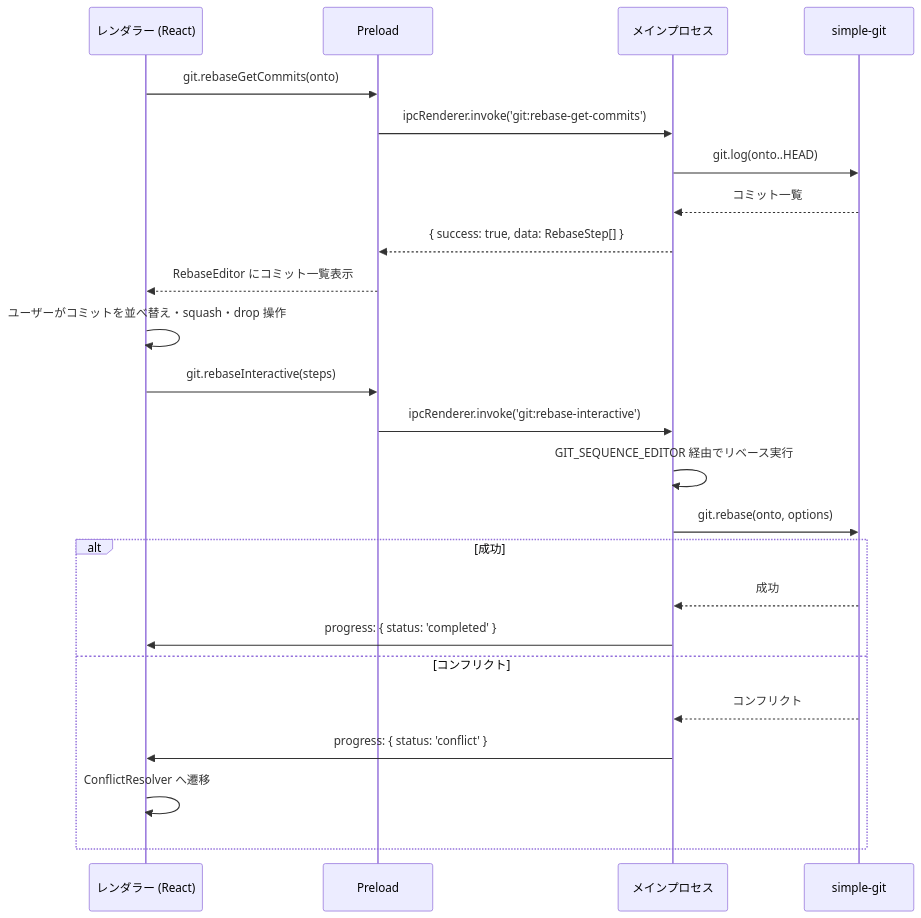
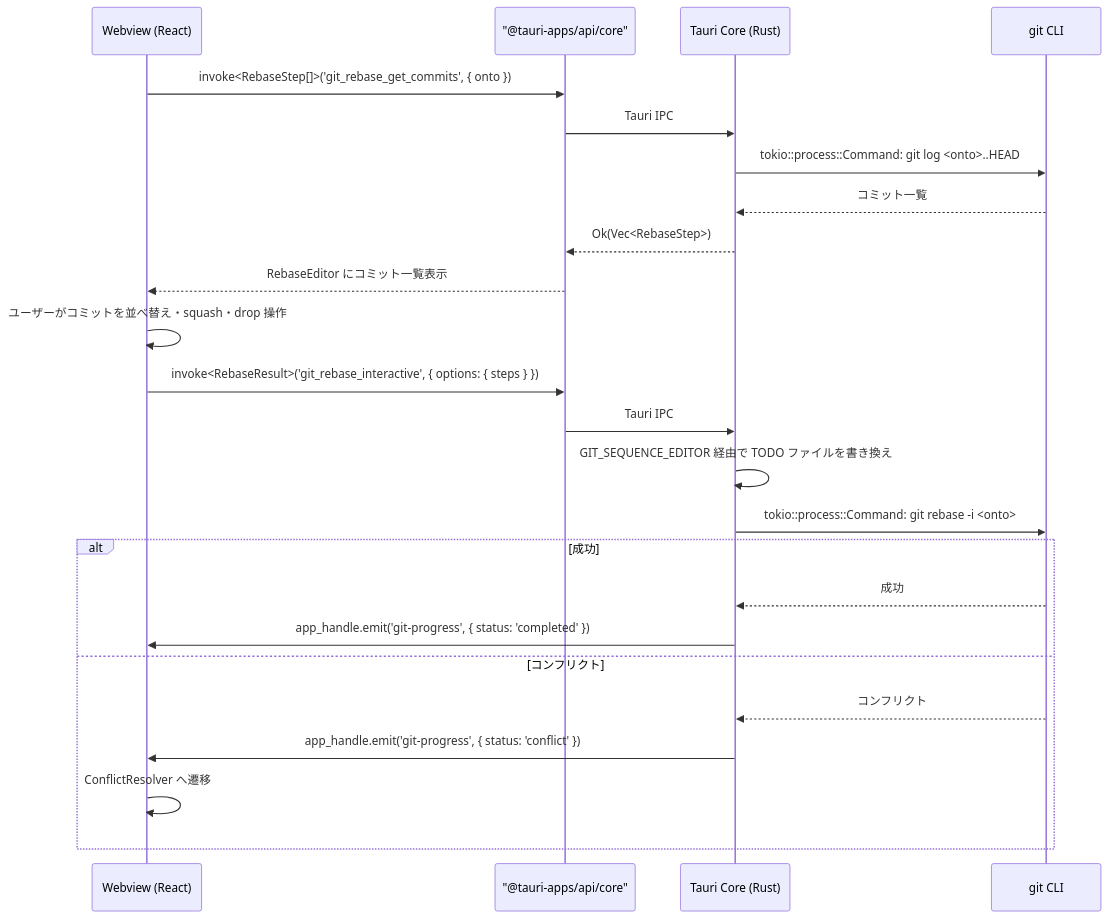
Before and after one commit to ToshikiImagawa/Buruma: the third of 3 diagrams in .sdd/specification/advanced-git-operations_spec.md, drawn with Mermaid. The commit also changed other lines of this file and 7 other files, not shown here.

````diff
--- a/.sdd/specification/advanced-git-operations_spec.md
+++ b/.sdd/specification/advanced-git-operations_spec.md
@@ -553,29 +556,29 @@
 ```mermaid
 sequenceDiagram
-    participant Renderer as レンダラー (React)
-    participant Preload as Preload
-    participant Main as メインプロセス
-    participant Git as simple-git
+    participant Webview as Webview (React)
+    participant Invoke as "@tauri-apps/api/core"
+    participant Core as Tauri Core (Rust)
+    participant Git as git CLI
 
-    Renderer ->> Preload: git.rebaseGetCommits(onto)
-    Preload ->> Main: ipcRenderer.invoke('git:rebase-get-commits')
-    Main ->> Git: git.log(onto..HEAD)
-    Git -->> Main: コミット一覧
-    Main -->> Preload: { success: true, data: RebaseStep[] }
-    Preload -->> Renderer: RebaseEditor にコミット一覧表示
+    Webview ->> Invoke: invoke<RebaseStep[]>('git_rebase_get_commits', { onto })
+    Invoke ->> Core: Tauri IPC
+    Core ->> Git: tokio::process::Command: git log <onto>..HEAD
+    Git -->> Core: コミット一覧
+    Core -->> Invoke: Ok(Vec<RebaseStep>)
+    Invoke -->> Webview: RebaseEditor にコミット一覧表示
 
-    Renderer ->> Renderer: ユーザーがコミットを並べ替え・squash・drop 操作
-    Renderer ->> Preload: git.rebaseInteractive(steps)
-    Preload ->> Main: ipcRenderer.invoke('git:rebase-interactive')
-    Main ->> Main: GIT_SEQUENCE_EDITOR 経由でリベース実行
-    Main ->> Git: git.rebase(onto, options)
+    Webview ->> Webview: ユーザーがコミットを並べ替え・squash・drop 操作
+    Webview ->> Invoke: invoke<RebaseResult>('git_rebase_interactive', { options: { steps } })
+    Invoke ->> Core: Tauri IPC
+    Core ->> Core: GIT_SEQUENCE_EDITOR 経由で TODO ファイルを書き換え
+    Core ->> Git: tokio::process::Command: git rebase -i <onto>
 
     alt 成功
-        Git -->> Main: 成功
-        Main ->> Renderer: progress: { status: 'completed' }
+        Git -->> Core: 成功
+        Core ->> Webview: app_handle.emit('git-progress', { status: 'completed' })
     else コンフリクト
-        Git -->> Main: コンフリクト
-        Main ->> Renderer: progress: { status: 'conflict' }
-        Renderer ->> Renderer: ConflictResolver へ遷移
+        Git -->> Core: コンフリクト
+        Core ->> Webview: app_handle.emit('git-progress', { status: 'conflict' })
+        Webview ->> Webview: ConflictResolver へ遷移
     end
 ```
````
